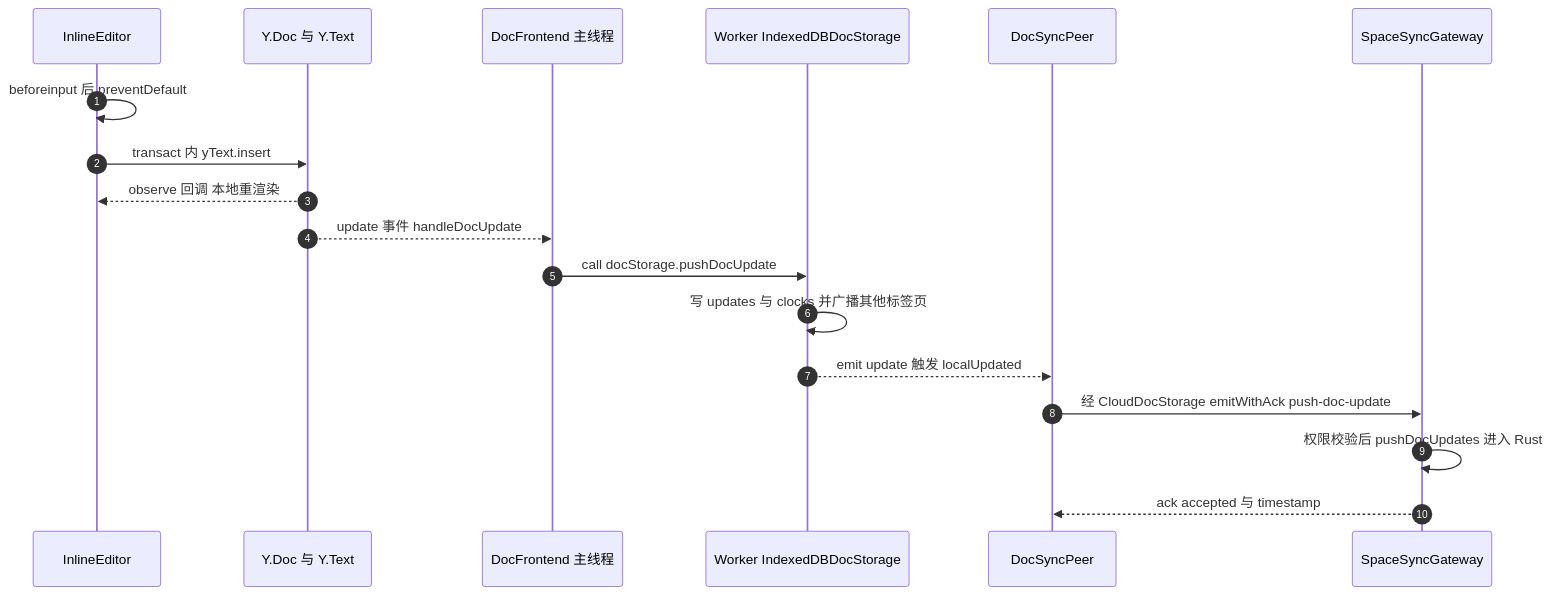
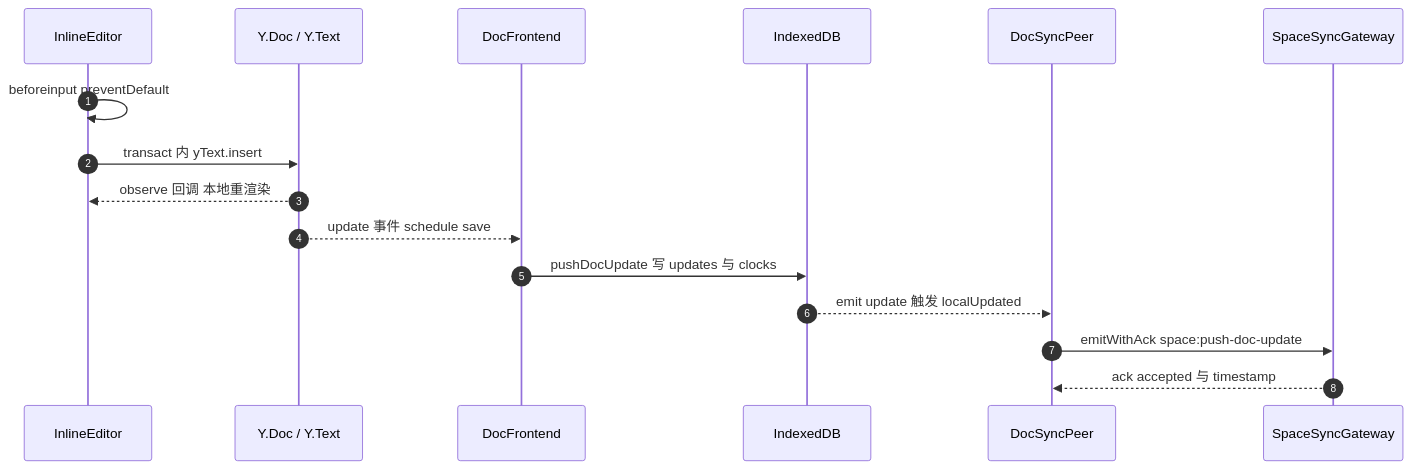
Before and after one commit to lfire/AFFiNE: the third of 6 diagrams in learning-guide/slides/decks/29.md, drawn with Mermaid. The commit also changed other lines of this file and 46 other files, not shown here.

````diff
--- a/learning-guide/slides/decks/29.md
+++ b/learning-guide/slides/decks/29.md
@@ -200,20 +181,18 @@
 ```mermaid
 sequenceDiagram
   autonumber
   participant EV as InlineEditor
-  participant YD as Y.Doc 与 Y.Text
-  participant DF as DocFrontend 主线程
-  participant IDB as Worker IndexedDBDocStorage
+  participant YD as Y.Doc / Y.Text
+  participant DF as DocFrontend
+  participant IDB as IndexedDB
   participant PEER as DocSyncPeer
   participant GW as SpaceSyncGateway
-  EV->>EV: beforeinput 后 preventDefault
+  EV->>EV: beforeinput preventDefault
   EV->>YD: transact 内 yText.insert
   YD-->>EV: observe 回调 本地重渲染
-  YD-->>DF: update 事件 handleDocUpdate
-  DF->>IDB: call docStorage.pushDocUpdate
-  IDB->>IDB: 写 updates 与 clocks 并广播其他标签页
+  YD-->>DF: update 事件 schedule save
+  DF->>IDB: pushDocUpdate 写 updates 与 clocks
   IDB-->>PEER: emit update 触发 localUpdated
-  PEER->>GW: 经 CloudDocStorage emitWithAck push-doc-update
-  GW->>GW: 权限校验后 pushDocUpdates 进入 Rust
+  PEER->>GW: emitWithAck space:push-doc-update
   GW-->>PEER: ack accepted 与 timestamp
 ```
````
